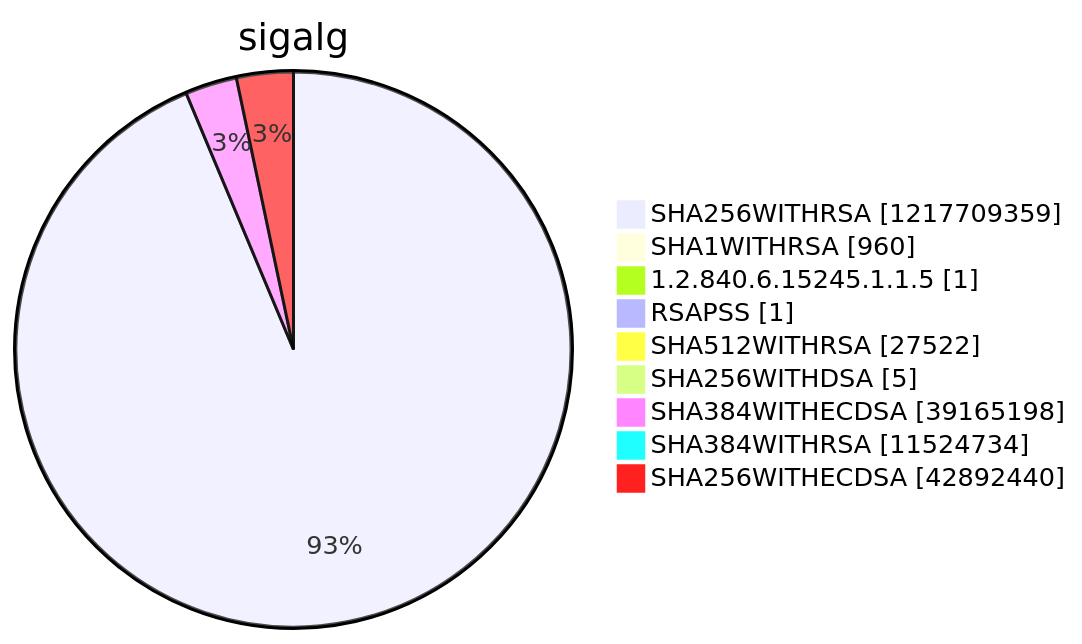
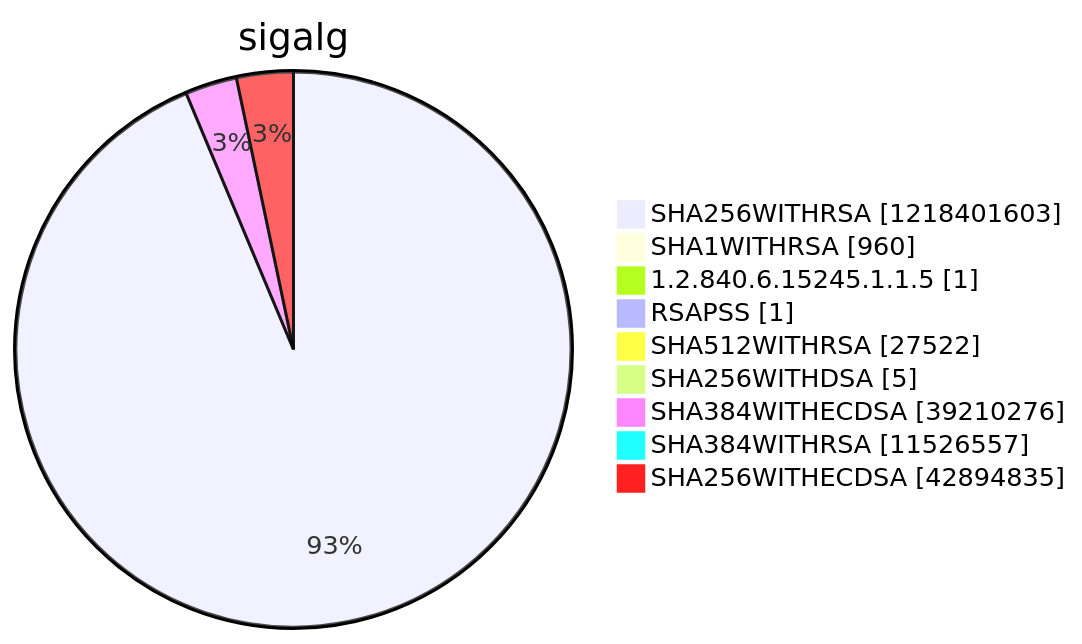
Before and after one commit to christiankrug/ctmonitor_visualization: diagram 15 of 15 in argon2022/README.md, drawn with Mermaid. The commit also changed other lines of this file, not shown here.

````diff
--- a/argon2022/README.md
+++ b/argon2022/README.md
@@ -5521,13 +5521,13 @@
 ```mermaid
 pie showData
 title sigalg
-"SHA256WITHRSA" :1217709359
+"SHA256WITHRSA" :1218401603
 "SHA1WITHRSA" :960
 "1.2.840.6.15245.1.1.5" :1
 "RSAPSS" :1
 "SHA512WITHRSA" :27522
 "SHA256WITHDSA" :5
-"SHA384WITHECDSA" :39165198
-"SHA384WITHRSA" :11524734
-"SHA256WITHECDSA" :42892440
+"SHA384WITHECDSA" :39210276
+"SHA384WITHRSA" :11526557
+"SHA256WITHECDSA" :42894835
 ```
````
